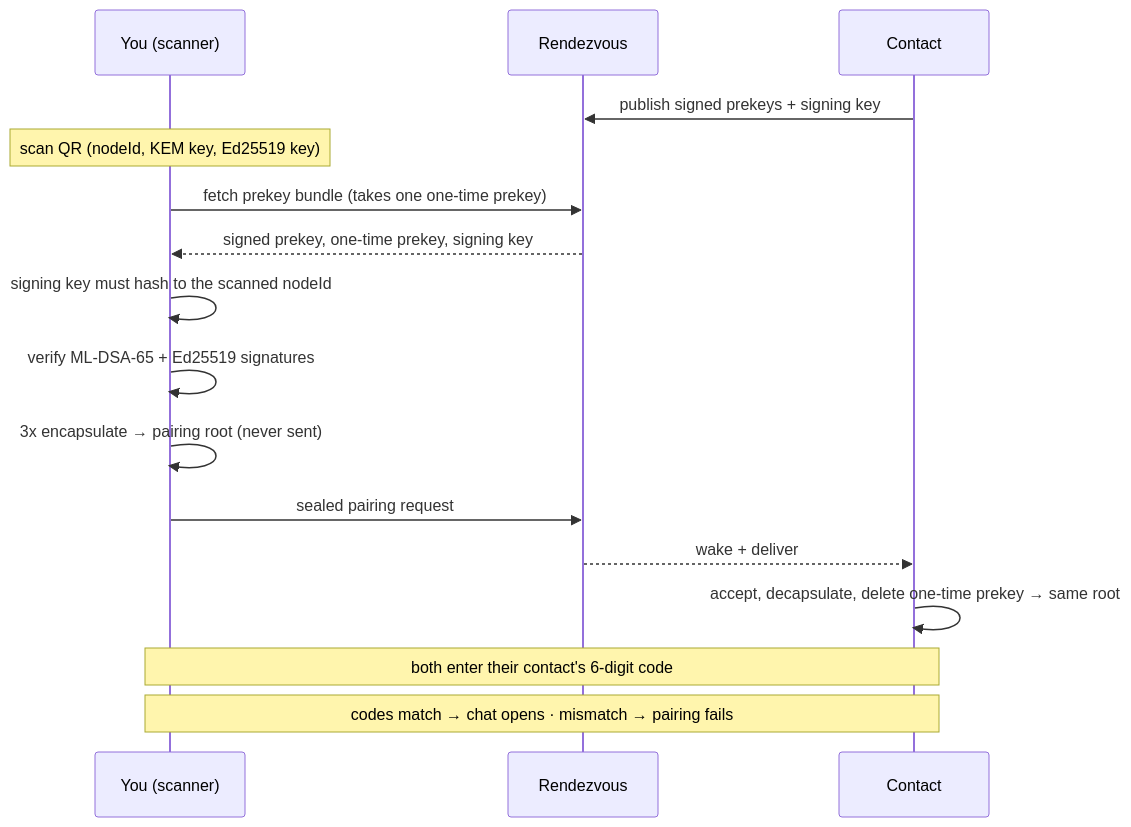
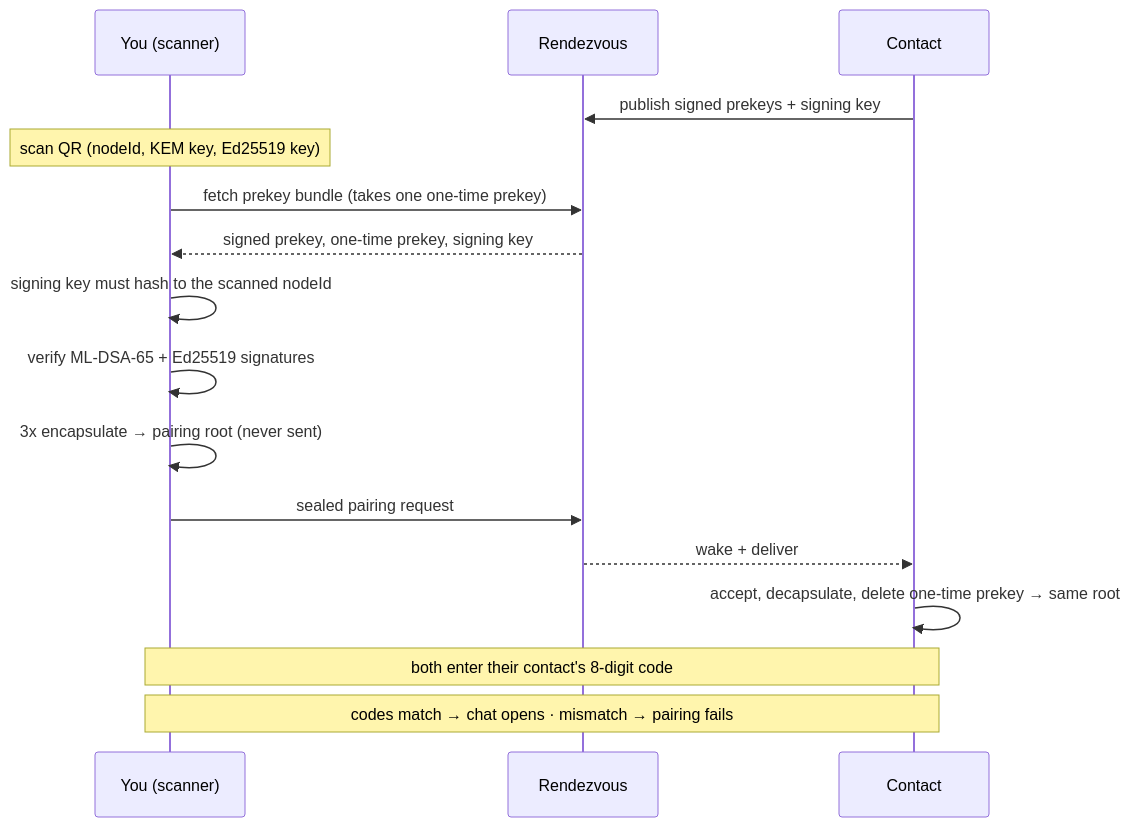
Before and after one commit to someamount2190/Aurora-Messenger-Android-Messenger-Secure-by-Design-Architecture: the third of 8 diagrams in README.md, drawn with Mermaid. The commit also changed other lines of this file and 48 other files, not shown here.

````diff
--- a/README.md
+++ b/README.md
@@ -178,18 +178,18 @@
 ```mermaid
 sequenceDiagram
   participant S as You (scanner)
   participant R as Rendezvous
   participant H as Contact
   H->>R: publish signed prekeys + signing key
   Note over S: scan QR (nodeId, KEM key, Ed25519 key)
   S->>R: fetch prekey bundle (takes one one-time prekey)
   R-->>S: signed prekey, one-time prekey, signing key
   S->>S: signing key must hash to the scanned nodeId
   S->>S: verify ML-DSA-65 + Ed25519 signatures
   S->>S: 3x encapsulate → pairing root (never sent)
   S->>R: sealed pairing request
   R-->>H: wake + deliver
   H->>H: accept, decapsulate, delete one-time prekey → same root
-  Note over S,H: both enter their contact's 6-digit code
+  Note over S,H: both enter their contact's 8-digit code
   Note over S,H: codes match → chat opens · mismatch → pairing fails
 ```
````
